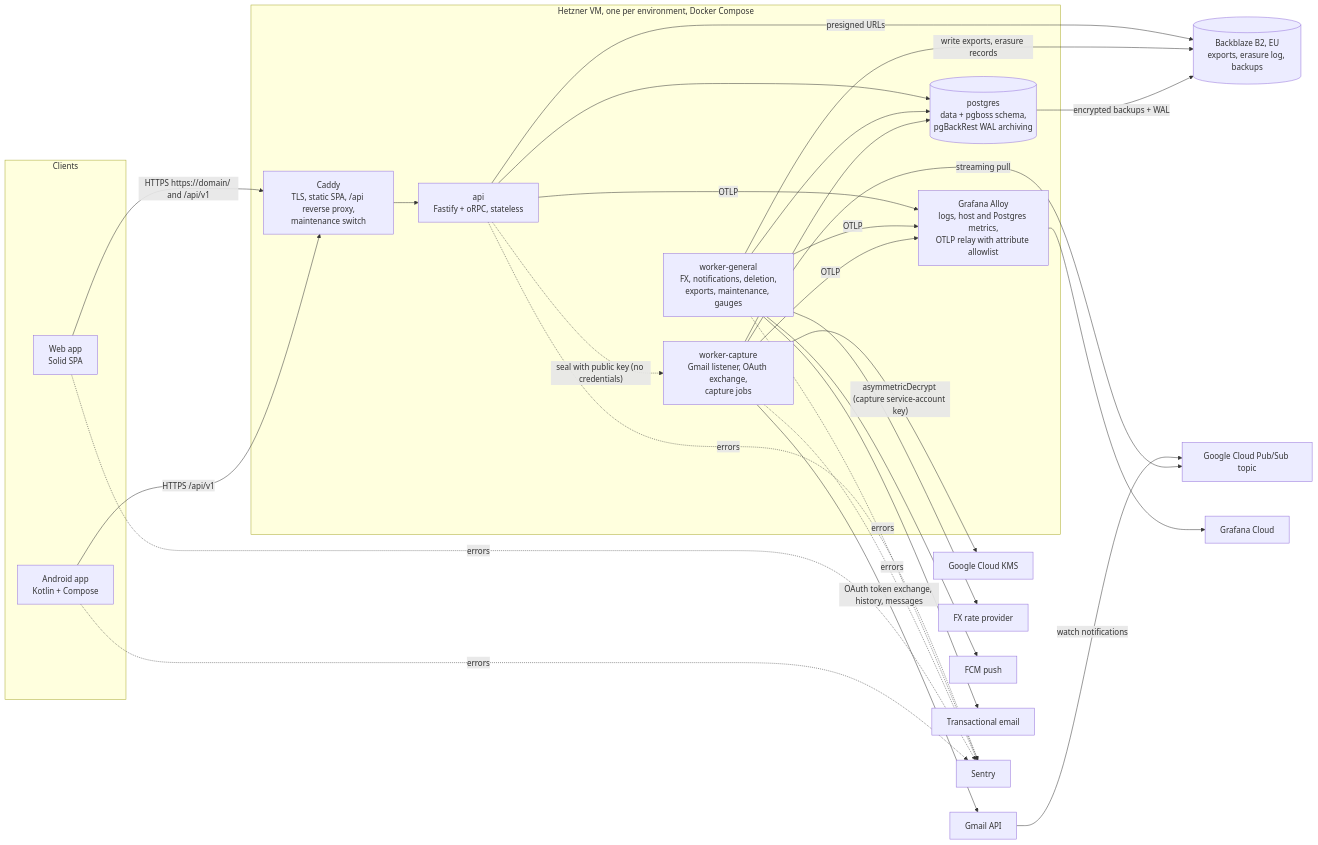
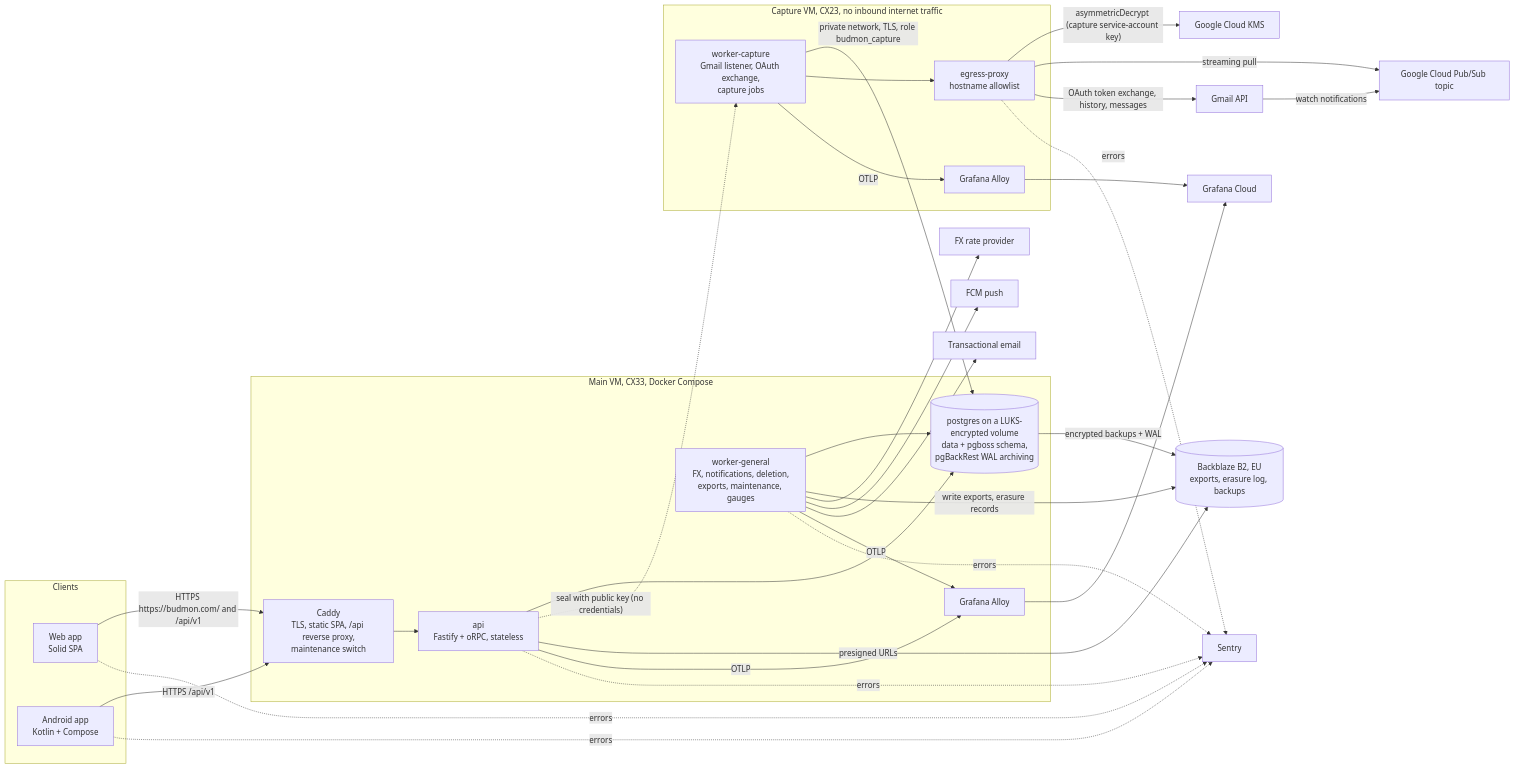
Before and after one commit to ali-hy/Budmon: the third of 9 diagrams in docs/design/platform/hld.md, drawn with Mermaid. The commit also changed other lines of this file and 1 other file, not shown here.

First line of the commit message:
Platform HLD v0.6: no staging (CI rehearsal), capture VM, encryption at rest, i18n, RTL, accessibility baseline

````diff
--- a/docs/design/platform/hld.md
+++ b/docs/design/platform/hld.md
@@ -364,35 +366,42 @@
 ```mermaid
 flowchart LR
   subgraph Clients
     Web[Web app<br/>Solid SPA]
     And[Android app<br/>Kotlin + Compose]
   end
-  subgraph VM[Hetzner VM, one per environment, Docker Compose]
+  subgraph MAIN[Main VM, CX33, Docker Compose]
     Caddy[Caddy<br/>TLS, static SPA, /api reverse proxy,<br/>maintenance switch]
     API[api<br/>Fastify + oRPC, stateless]
     WG[worker-general<br/>FX, notifications, deletion,<br/>exports, maintenance, gauges]
+    PG[(postgres on a LUKS-encrypted volume<br/>data + pgboss schema,<br/>pgBackRest WAL archiving)]
+    AlloyM[Grafana Alloy]
+  end
+  subgraph CAP[Capture VM, CX23, no inbound internet traffic]
     WC[worker-capture<br/>Gmail listener, OAuth exchange,<br/>capture jobs]
-    PG[(postgres<br/>data + pgboss schema,<br/>pgBackRest WAL archiving)]
-    Alloy[Grafana Alloy<br/>logs, host and Postgres metrics,<br/>OTLP relay with attribute allowlist]
+    EP[egress-proxy<br/>hostname allowlist]
+    AlloyC[Grafana Alloy]
   end
-  Web -- "HTTPS https://domain/ and /api/v1" --> Caddy
+  Web -- "HTTPS https://budmon.com/ and /api/v1" --> Caddy
   And -- "HTTPS /api/v1" --> Caddy
   Caddy --> API
   API --> PG
   WG --> PG
-  WC --> PG
+  WC -- "private network, TLS, role budmon_capture" --> PG
   API -. "seal with public key (no credentials)" .-> WC
-  WC -- "asymmetricDecrypt (capture service-account key)" --> KMS[Google Cloud KMS]
+  WC --> EP
+  EP -- "asymmetricDecrypt (capture service-account key)" --> KMS[Google Cloud KMS]
   Gmail[Gmail API] -- watch notifications --> PS[Google Cloud Pub/Sub topic]
-  WC -- streaming pull --> PS
-  WC -- OAuth token exchange, history, messages --> Gmail
+  EP -- streaming pull --> PS
+  EP -- OAuth token exchange, history, messages --> Gmail
   API -- presigned URLs --> OBJ[(Backblaze B2, EU<br/>exports, erasure log, backups)]
   WG -- write exports, erasure records --> OBJ
   PG -- encrypted backups + WAL --> OBJ
   WG --> FX[FX rate provider]
   WG --> FCM[FCM push]
   WG --> Mail[Transactional email]
-  API & WG & WC -- OTLP --> Alloy
-  Alloy --> Graf[Grafana Cloud]
-  API & WG & WC & Web & And -. errors .-> Sentry[Sentry]
+  API & WG -- OTLP --> AlloyM
+  WC -- OTLP --> AlloyC
+  AlloyM & AlloyC --> Graf[Grafana Cloud]
+  API & WG & Web & And -. errors .-> Sentry[Sentry]
+  EP -. errors .-> Sentry
 ```
````
